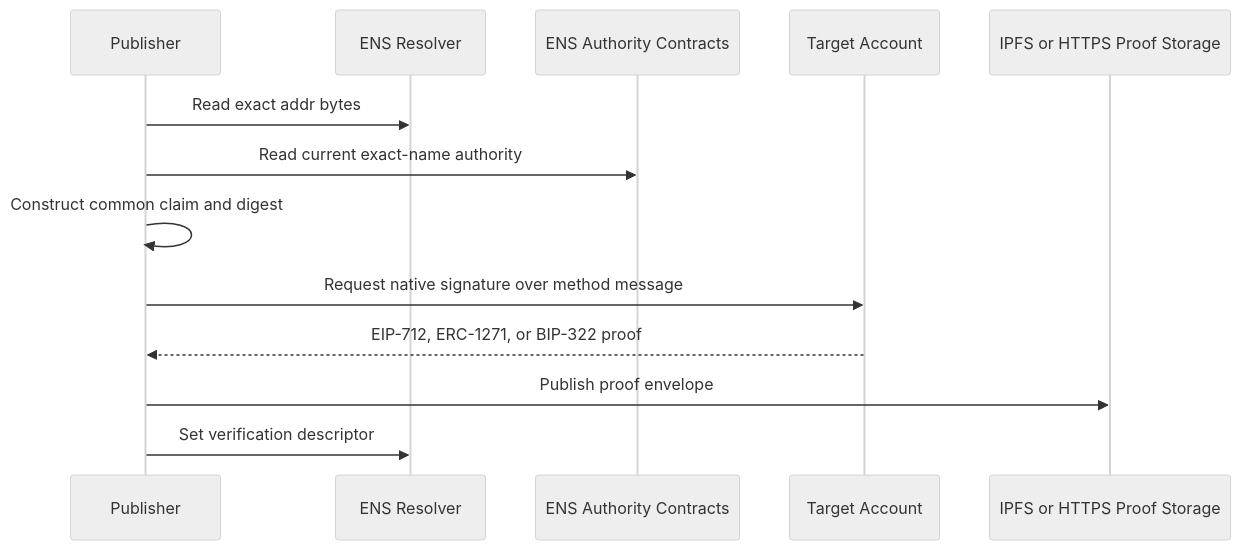
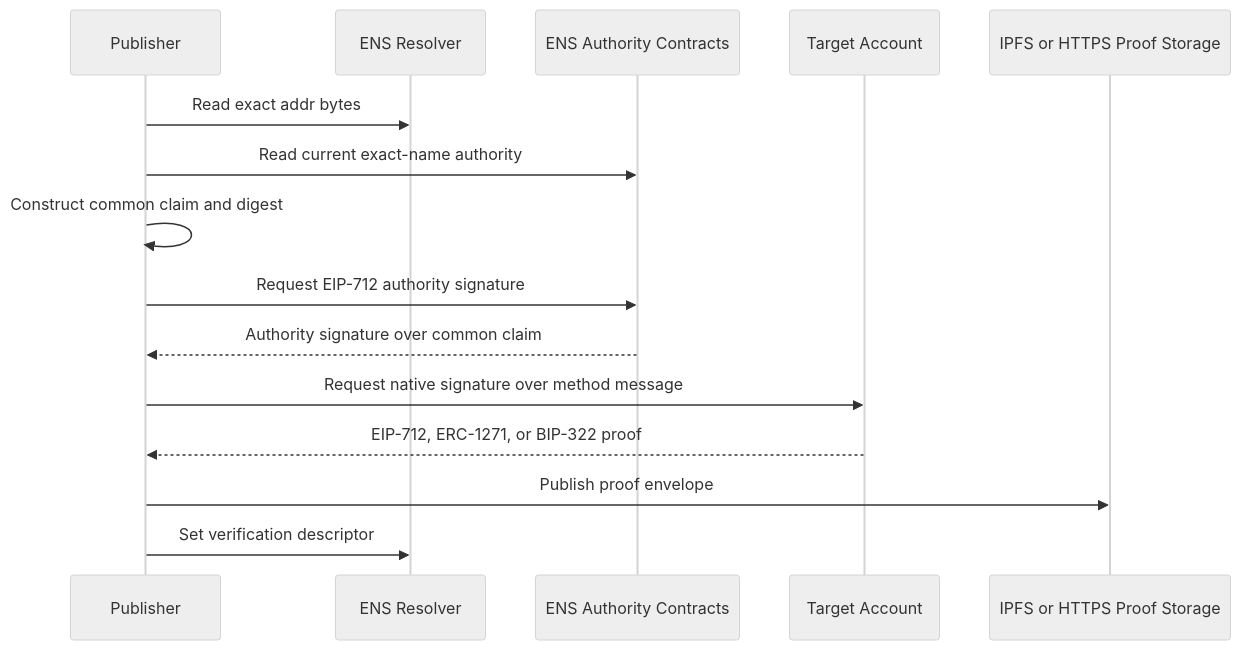
Before and after one commit to envoy1084/ensip-verification: the first of 2 diagrams in apps/web/src/pages/docs/records/addresses.mdx, drawn with Mermaid (neutral theme). The commit also changed other lines of this file and 11 other files, not shown here.

````diff
--- a/apps/web/src/pages/docs/records/addresses.mdx
+++ b/apps/web/src/pages/docs/records/addresses.mdx
@@ -49,16 +50,18 @@
 ```mermaid
 sequenceDiagram
   participant P as Publisher
   participant ENS as ENS Resolver
   participant A as ENS Authority Contracts
   participant T as Target Account
   participant S as IPFS or HTTPS Proof Storage
 
   P->>ENS: Read exact addr bytes
   P->>A: Read current exact-name authority
   P->>P: Construct common claim and digest
+  P->>A: Request EIP-712 authority signature
+  A-->>P: Authority signature over common claim
   P->>T: Request native signature over method message
   T-->>P: EIP-712, ERC-1271, or BIP-322 proof
   P->>S: Publish proof envelope
   P->>ENS: Set verification descriptor
 ```
````
